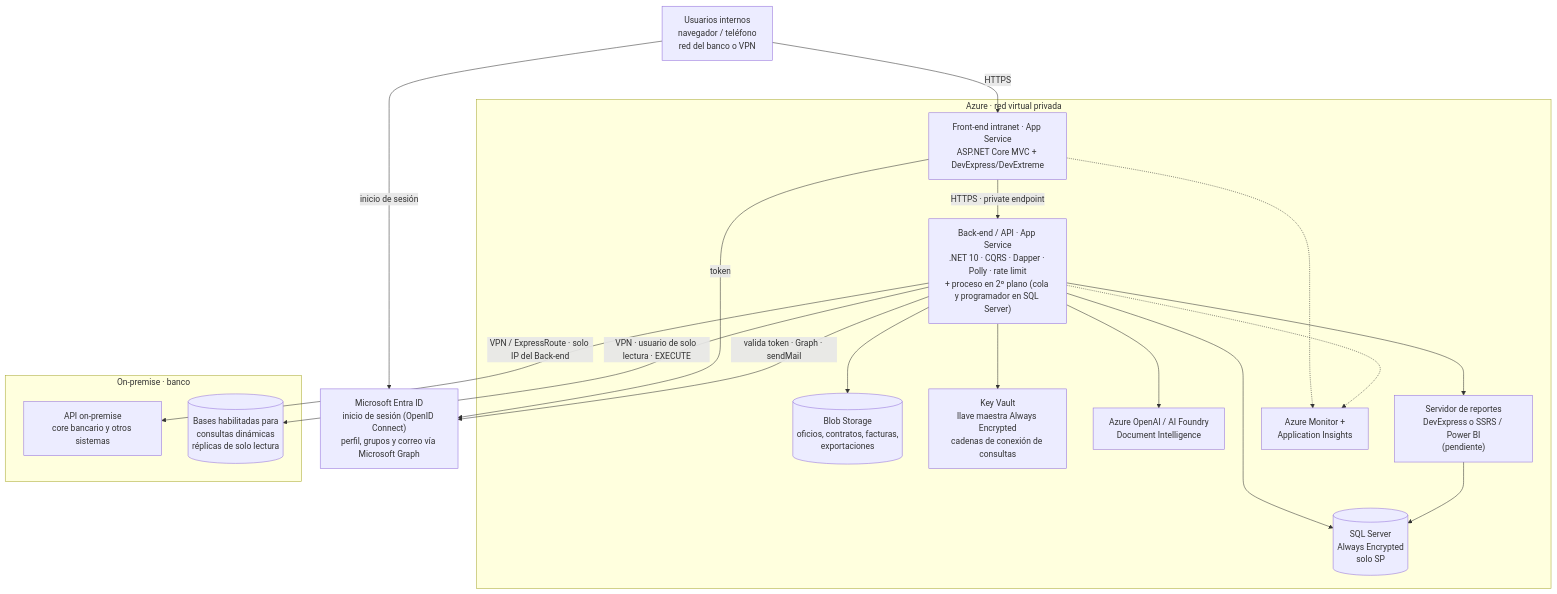
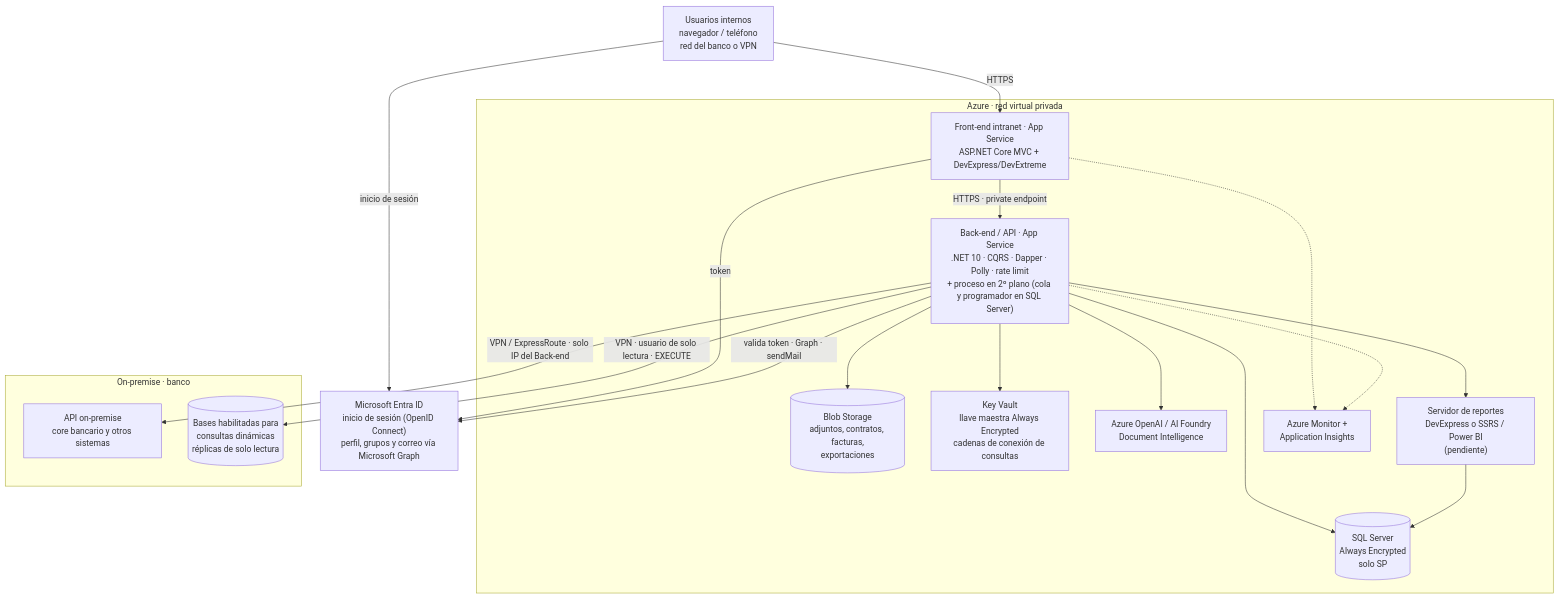
One commit to buenchico40/ProBank changed the first of 3 diagrams in docs/arquitectura.md. Above: the diagram before and after it, drawn with Mermaid. The commit also changed other lines of this file and 122 other files, not shown here.

````diff
--- a/docs/arquitectura.md
+++ b/docs/arquitectura.md
@@ -14,34 +14,34 @@
 ```mermaid
 flowchart TB
   U["Usuarios internos<br/>navegador / teléfono<br/>red del banco o VPN"]
   subgraph AZ["Azure · red virtual privada"]
     FE["Front-end intranet · App Service<br/>ASP.NET Core MVC + DevExpress/DevExtreme"]
     BE["Back-end / API · App Service<br/>.NET 10 · CQRS · Dapper · Polly · rate limit<br/>+ proceso en 2º plano (cola y programador en SQL Server)"]
     DB[("SQL Server<br/>Always Encrypted<br/>solo SP")]
-    BL[("Blob Storage<br/>oficios, contratos, facturas,<br/>exportaciones")]
+    BL[("Blob Storage<br/>adjuntos, contratos, facturas,<br/>exportaciones")]
     KV["Key Vault<br/>llave maestra Always Encrypted<br/>cadenas de conexión de consultas"]
     AI["Azure OpenAI / AI Foundry<br/>Document Intelligence"]
     RS["Servidor de reportes<br/>DevExpress o SSRS / Power BI<br/>(pendiente)"]
     MON["Azure Monitor +<br/>Application Insights"]
   end
   ENT["Microsoft Entra ID<br/>inicio de sesión (OpenID Connect)<br/>perfil, grupos y correo vía Microsoft Graph"]
   subgraph ONP["On-premise · banco"]
     API["API on-premise<br/>core bancario y otros sistemas"]
     QDB[("Bases habilitadas para<br/>consultas dinámicas<br/>réplicas de solo lectura")]
   end
   U -->|HTTPS| FE
   U -->|inicio de sesión| ENT
   FE -->|token| ENT
   FE -->|HTTPS · private endpoint| BE
   BE --> DB
   BE --> BL
   BE --> KV
   BE --> AI
   BE --> RS
   RS --> DB
   FE -.-> MON
   BE -.-> MON
   BE -->|valida token · Graph · sendMail| ENT
   BE -->|VPN / ExpressRoute · solo IP del Back-end| API
   BE -->|VPN · usuario de solo lectura · EXECUTE| QDB
 ```
````
